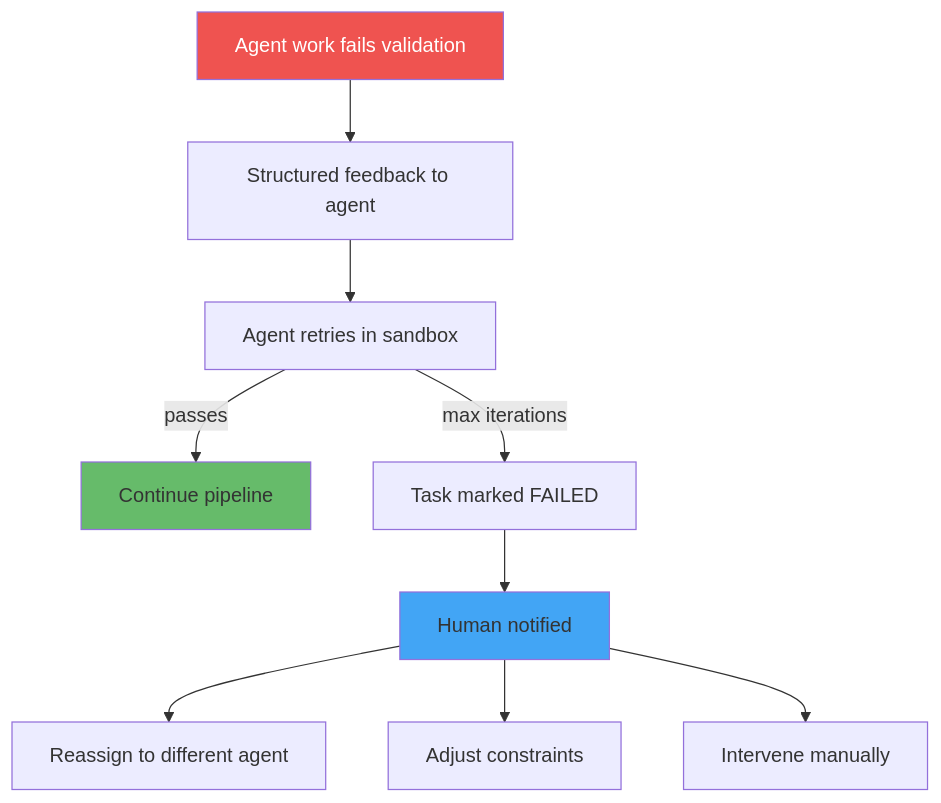
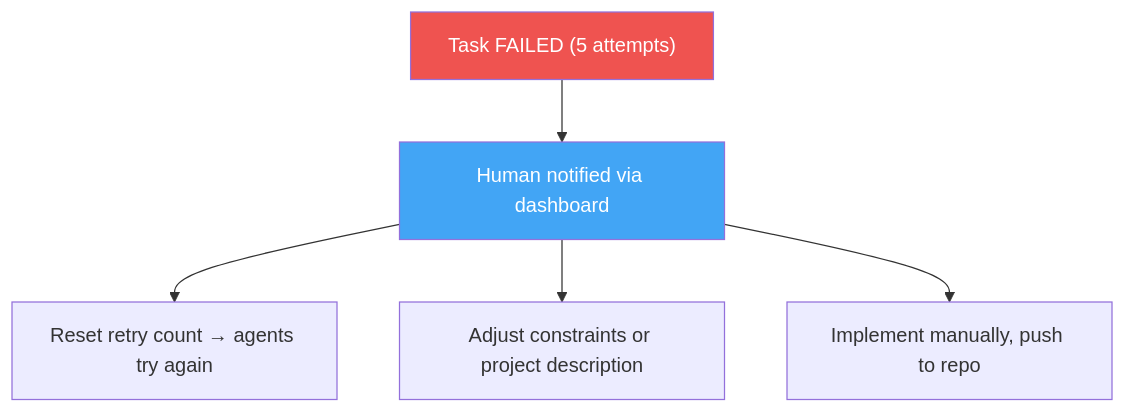
The sixth of 7 diagrams in docs/architecture.md (AV4TAr/shipyard), drawn with Mermaid before and after one commit. The commit also changed other lines of this file and 1 other file, not shown here.

First line of the commit message:
Document retry & recovery behavior in architecture and guide

````diff
--- a/docs/architecture.md
+++ b/docs/architecture.md
@@ -211,15 +254,10 @@
 ```mermaid
 graph TD
-    Fail["Agent work fails validation"] --> Feedback["Structured feedback to agent"]
-    Feedback --> Retry["Agent retries in sandbox"]
-    Retry -->|"passes"| Continue["Continue pipeline"]
-    Retry -->|"max iterations"| TaskFail["Task marked FAILED"]
-    TaskFail --> Notify["Human notified"]
-    Notify --> Reassign["Reassign to different agent"]
-    Notify --> Adjust["Adjust constraints"]
-    Notify --> Manual["Intervene manually"]
+    TaskFail["Task FAILED (5 attempts)"] --> Notify["Human notified via dashboard"]
+    Notify --> Reassign["Reset retry count → agents try again"]
+    Notify --> Adjust["Adjust constraints or project description"]
+    Notify --> Manual["Implement manually, push to repo"]
 
-    style Fail fill:#ef5350,color:#fff
-    style Continue fill:#66bb6a
-    style Notify fill:#42a5f5
+    style TaskFail fill:#ef5350,color:#fff
+    style Notify fill:#42a5f5,color:#fff
 ```
````
